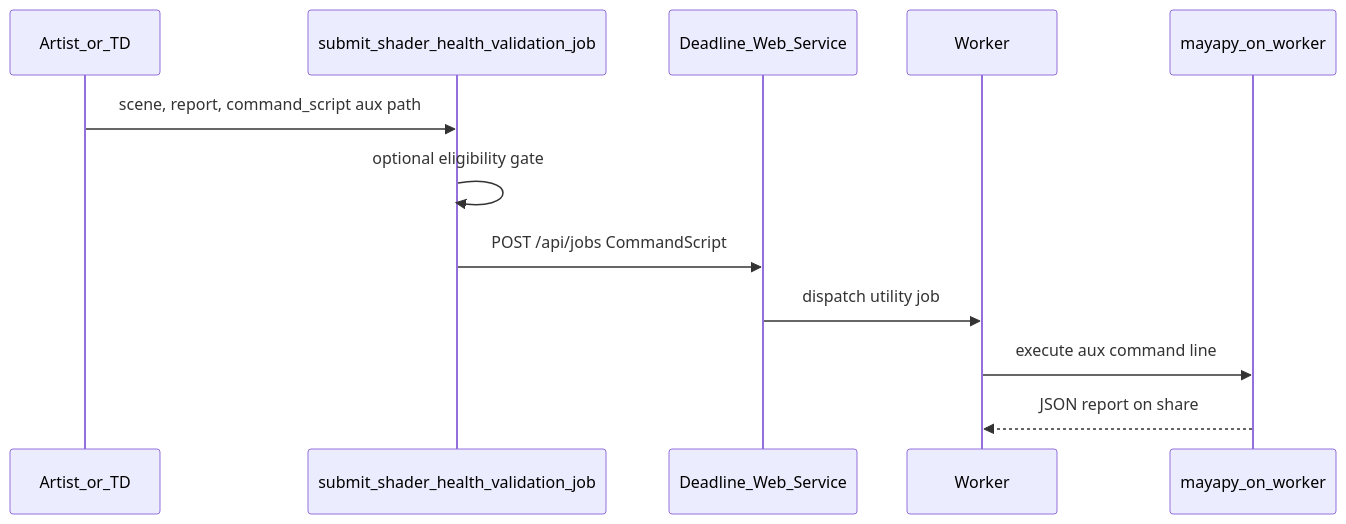
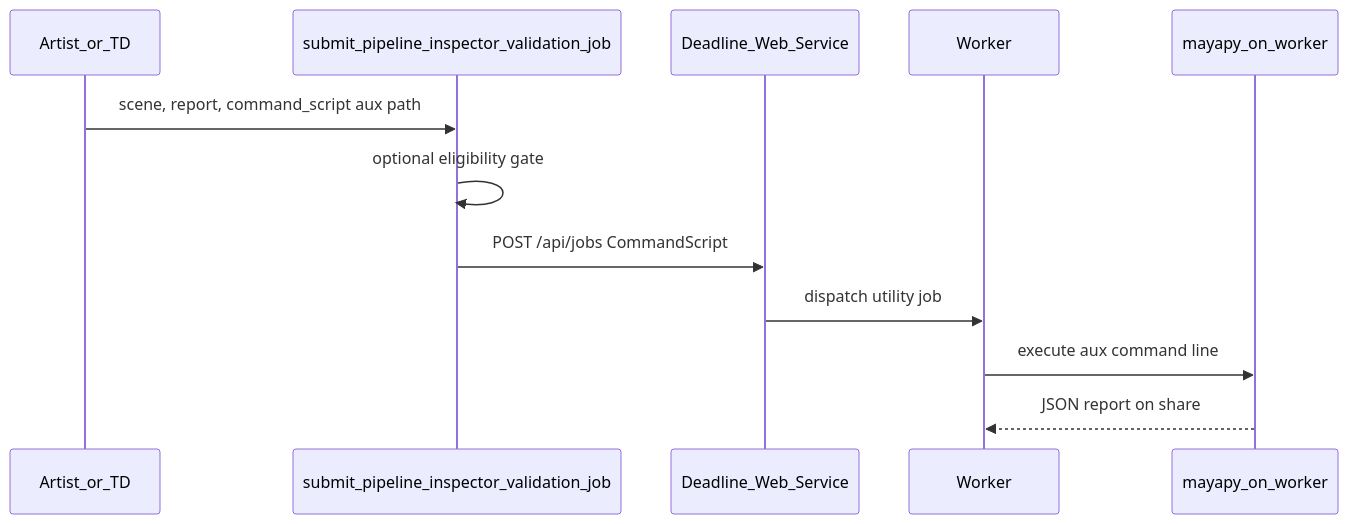
Before and after one commit to armasonix/maya-pipeline-inspector: the third of 3 diagrams in docs/integrations/deadline_submit_preflight.md, drawn with Mermaid. The commit also changed other lines of this file and 524 other files, not shown here.

````diff
--- a/docs/integrations/deadline_submit_preflight.md
+++ b/docs/integrations/deadline_submit_preflight.md
@@ -309,15 +309,15 @@
 ```mermaid
 sequenceDiagram
     participant ART as Artist_or_TD
-    participant SH as submit_shader_health_validation_job
+    participant SH as submit_pipeline_inspector_validation_job
     participant WS as Deadline_Web_Service
     participant WRK as Worker
     participant MY as mayapy_on_worker
 
     ART->>SH: scene, report, command_script aux path
     SH->>SH: optional eligibility gate
     SH->>WS: POST /api/jobs CommandScript
     WS->>WRK: dispatch utility job
     WRK->>MY: execute aux command line
     MY-->>WRK: JSON report on share
 ```
````
